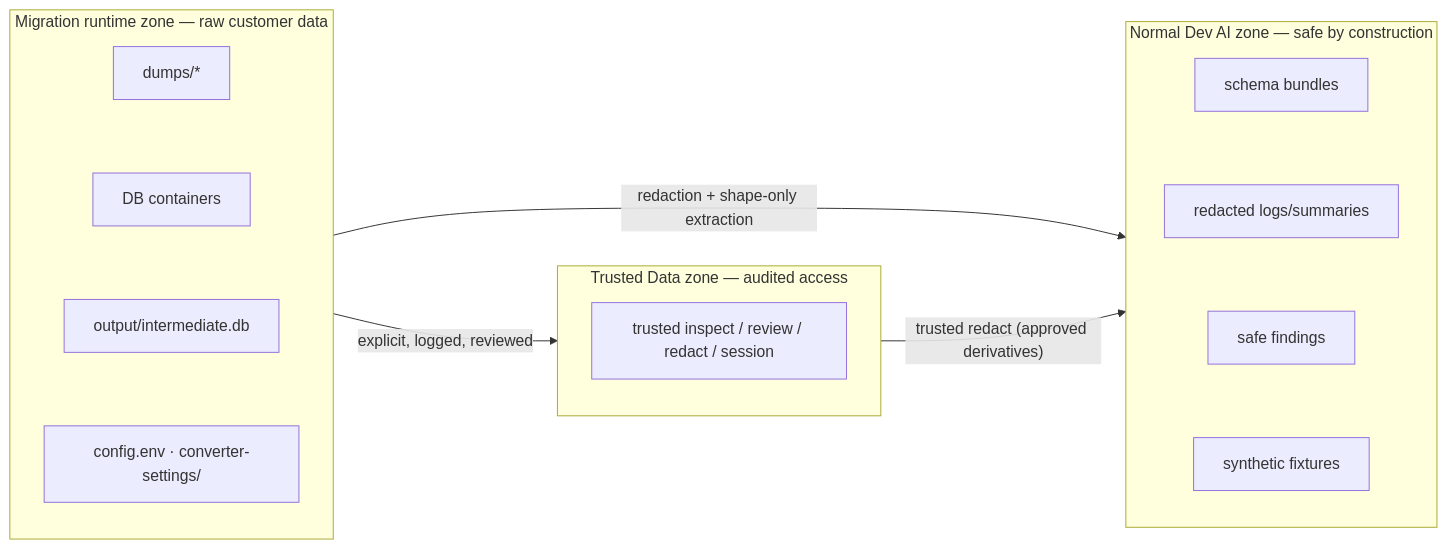
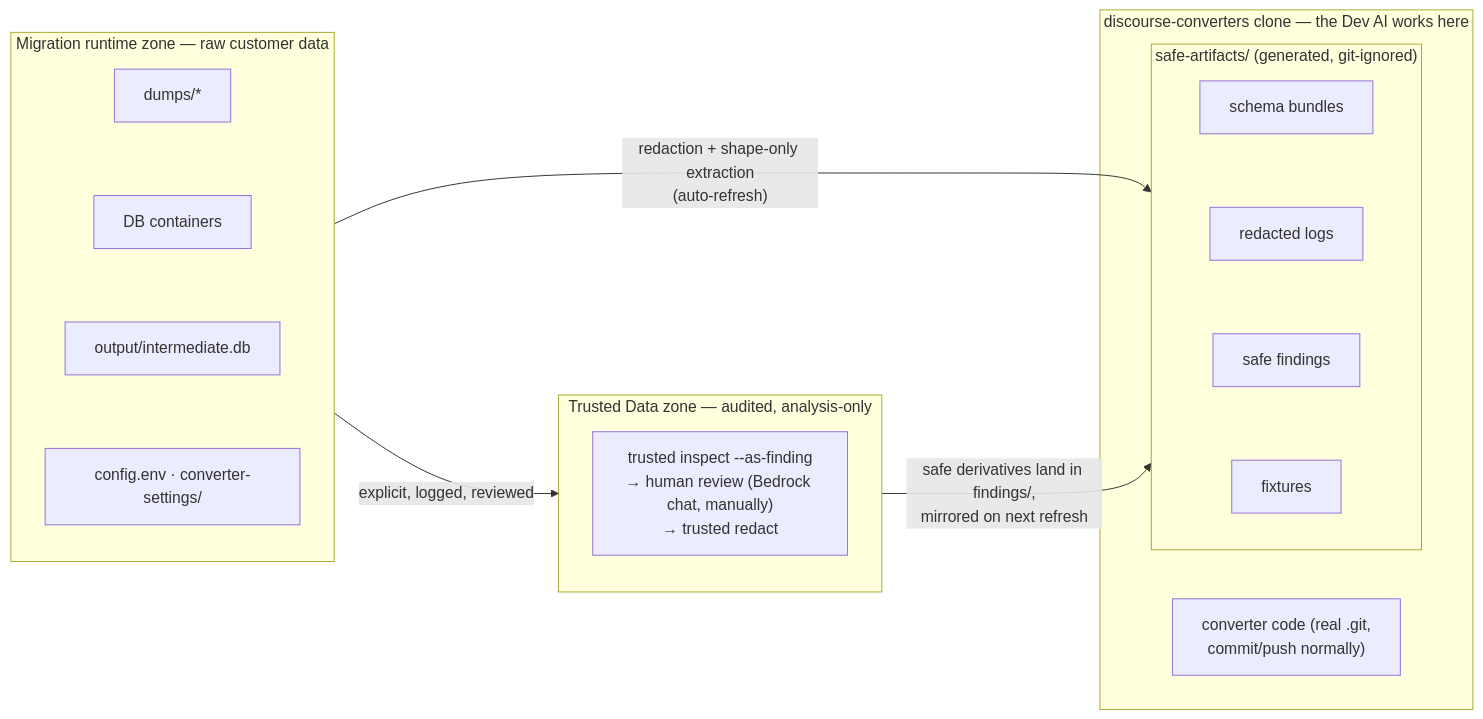
The third of 3 diagrams in docs/migration-engineer-guide.md (RubenOussoren/silo-migrate), drawn with Mermaid before and after one commit. The commit also changed other lines of this file and 14 other files, not shown here.

````diff
--- a/docs/migration-engineer-guide.md
+++ b/docs/migration-engineer-guide.md
@@ -200,15 +206,18 @@
 ```mermaid
 flowchart LR
     subgraph RAW["Migration runtime zone — raw customer data"]
         dumps["dumps/*"] ~~~ dbs["DB containers"] ~~~ idb["output/intermediate.db"] ~~~ creds["config.env · converter-settings/"]
     end
-    subgraph TRUSTED["Trusted Data zone — audited access"]
-        ti["trusted inspect / review / redact / session"]
+    subgraph TRUSTED["Trusted Data zone — audited, analysis-only"]
+        ti["trusted inspect --as-finding<br/>→ human review (Bedrock chat, manually)<br/>→ trusted redact"]
     end
-    subgraph SAFEZ["Normal Dev AI zone — safe by construction"]
-        sb["schema bundles"] ~~~ rl["redacted logs/summaries"] ~~~ sf["safe findings"] ~~~ fx["synthetic fixtures"]
+    subgraph CLONE["discourse-converters clone — the Dev AI works here"]
+        code["converter code (real .git,<br/>commit/push normally)"]
+        subgraph SAFEZ["safe-artifacts/ (generated, git-ignored)"]
+            sb["schema bundles"] ~~~ rl["redacted logs"] ~~~ sf["safe findings"] ~~~ fx["fixtures"]
+        end
     end
-    RAW -- "redaction + shape-only extraction" --> SAFEZ
+    RAW -- "redaction + shape-only extraction<br/>(auto-refresh)" --> SAFEZ
     RAW -- "explicit, logged, reviewed" --> TRUSTED
-    TRUSTED -- "trusted redact (approved derivatives)" --> SAFEZ
+    TRUSTED -- "safe derivatives land in findings/,<br/>mirrored on next refresh" --> SAFEZ
 ```
````
